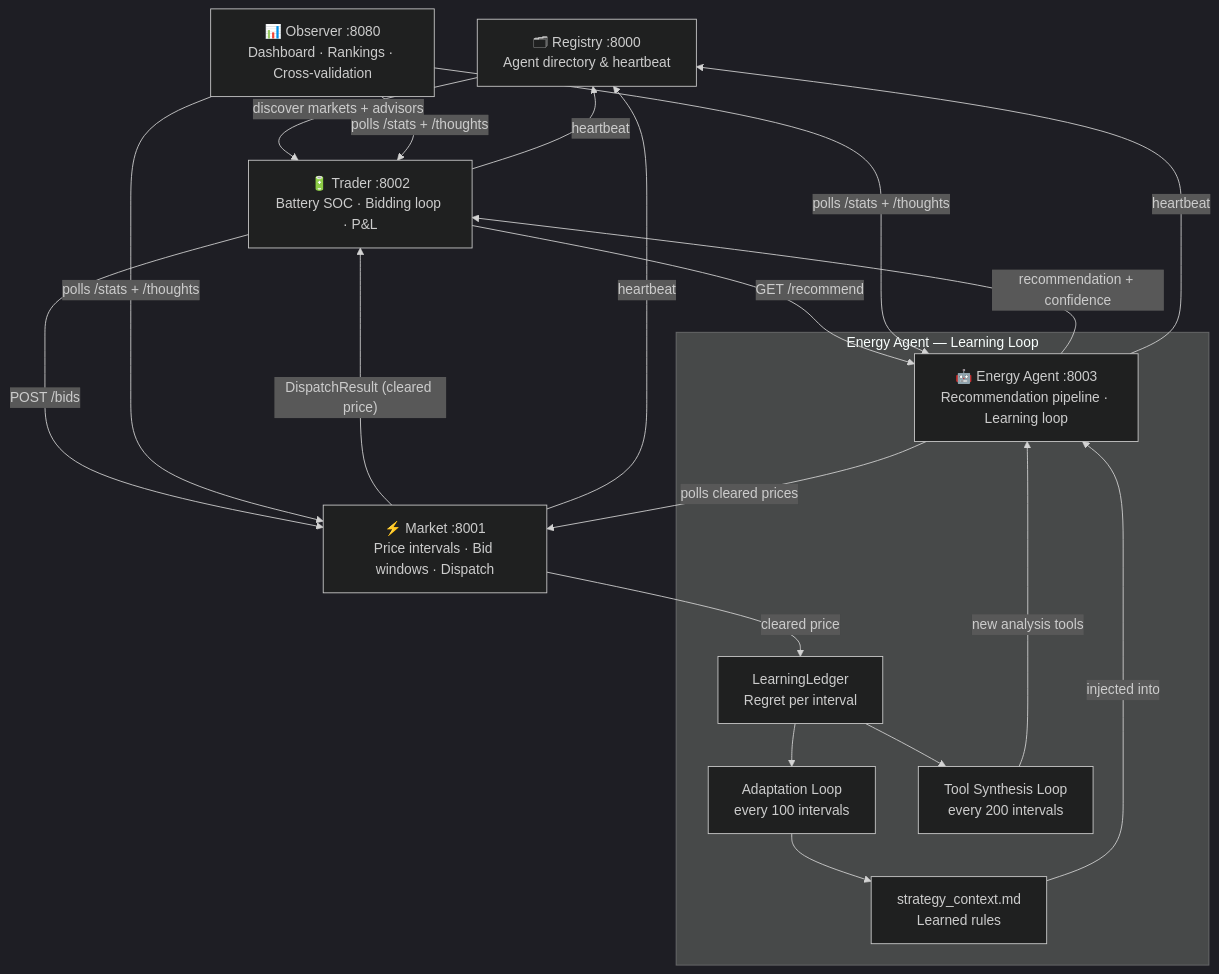
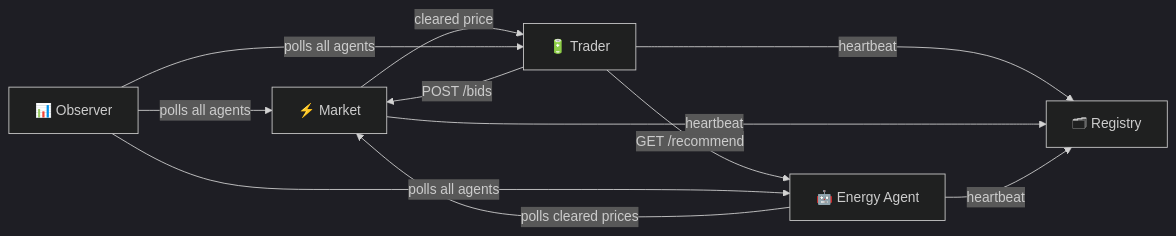
The diagram in README.md (stilloo123/energysimulation), drawn with Mermaid (dark theme) before and after one commit.

Commit message:
Simplify architecture diagram — show agent relationships only

````diff
--- a/README.md
+++ b/README.md
@@ -37,36 +37,15 @@
 ```mermaid
-flowchart TD
-    Registry["🗂 Registry :8000\nAgent directory & heartbeat"]
+flowchart LR
+    Registry["🗂 Registry"]
+    Market["⚡ Market"]
+    Trader["🔋 Trader"]
+    Energy["🤖 Energy Agent"]
+    Observer["📊 Observer"]
 
-    Market["⚡ Market :8001\nPrice intervals · Bid windows · Dispatch"]
-    Trader["🔋 Trader :8002\nBattery SOC · Bidding loop · P&L"]
-    Energy["🤖 Energy Agent :8003\nRecommendation pipeline · Learning loop"]
-    Observer["📊 Observer :8080\nDashboard · Rankings · Cross-validation"]
-
-    subgraph learning ["Energy Agent — Learning Loop"]
-        Ledger["LearningLedger\nRegret per interval"]
-        Adapt["Adaptation Loop\nevery 100 intervals"]
-        Strategy["strategy_context.md\nLearned rules"]
-        Tools["Tool Synthesis Loop\nevery 200 intervals"]
-        Ledger --> Adapt --> Strategy
-        Ledger --> Tools
-        Strategy -->|injected into| Energy
-        Tools -->|new analysis tools| Energy
-    end
-
-    Trader -->|"GET /recommend"| Energy
-    Energy -->|recommendation + confidence| Trader
-    Trader -->|"POST /bids"| Market
-    Market -->|"DispatchResult (cleared price)"| Trader
-    Energy -->|"polls cleared prices"| Market
-    Market -->|cleared price| Ledger
-
-    Registry -->|discover markets + advisors| Trader
-    Trader -->|heartbeat| Registry
-    Market -->|heartbeat| Registry
-    Energy -->|heartbeat| Registry
-
-    Observer -->|polls /stats + /thoughts| Market
-    Observer -->|polls /stats + /thoughts| Trader
-    Observer -->|polls /stats + /thoughts| Energy
+    Trader -->|GET /recommend| Energy
+    Trader -->|POST /bids| Market
+    Market -->|cleared price| Trader
+    Energy -->|polls cleared prices| Market
+    Trader & Market & Energy -->|heartbeat| Registry
+    Observer -->|polls all agents| Market & Trader & Energy
 ```
````
